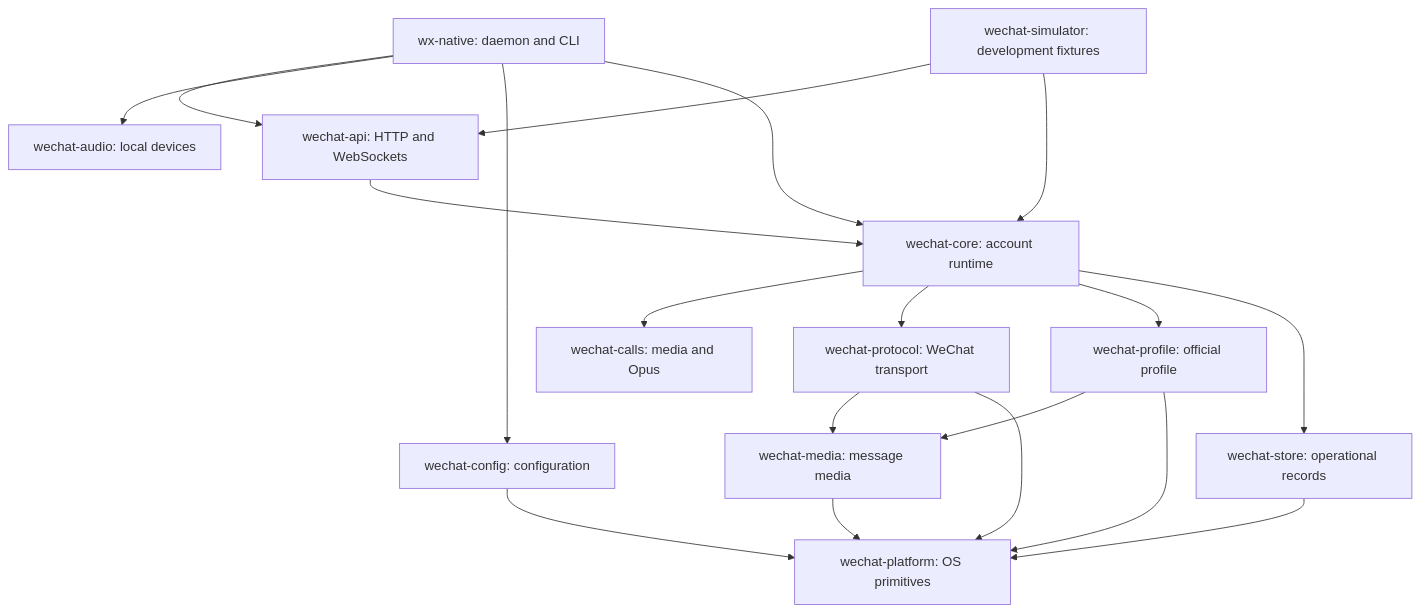
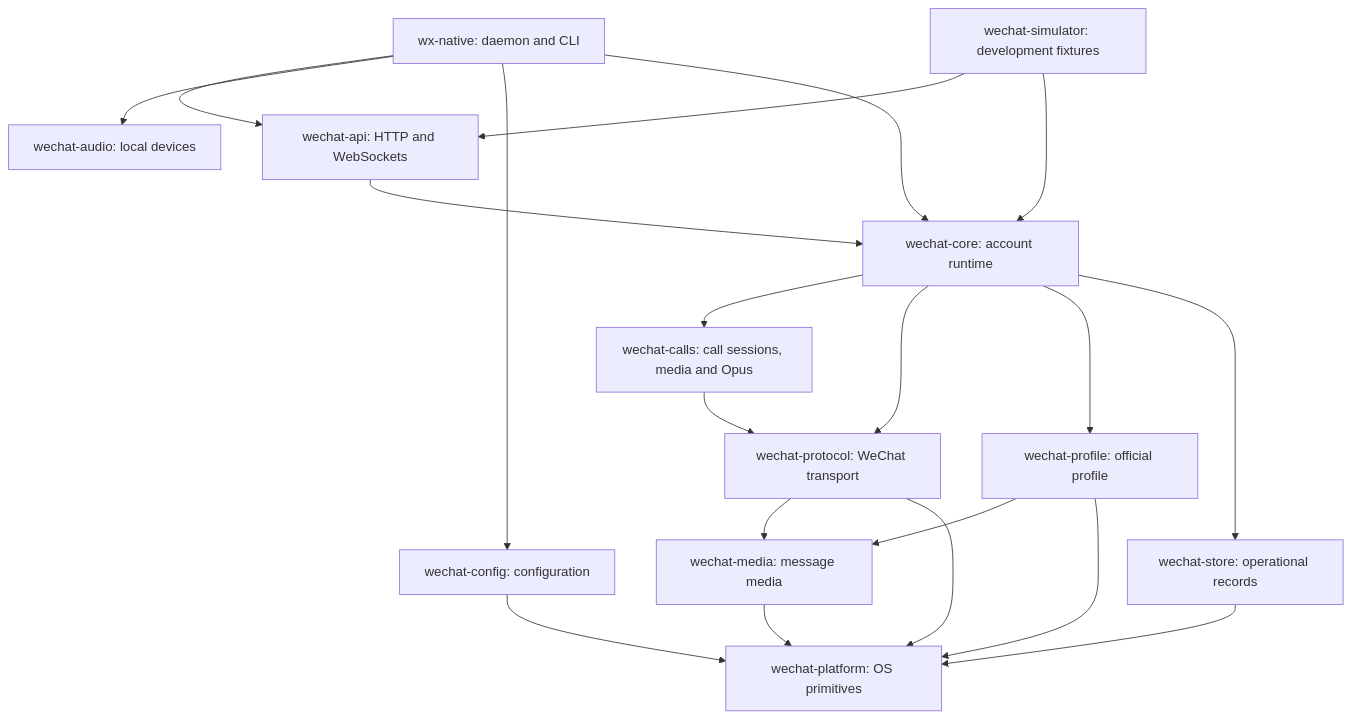
The diagram in docs/src/content/docs/how-it-works/rust-crates.mdx (thisnick/agent-wechat), drawn with Mermaid before and after one commit. The commit also changed other lines of this file and 121 other files, not shown here.

````diff
--- a/docs/src/content/docs/how-it-works/rust-crates.mdx
+++ b/docs/src/content/docs/how-it-works/rust-crates.mdx
@@ -15,21 +15,22 @@
 ```mermaid
 flowchart TD
   WX["wx-native: daemon and CLI"] --> API["wechat-api: HTTP and WebSockets"]
   WX --> AUDIO["wechat-audio: local devices"]
   WX --> CFG["wechat-config: configuration"]
   WX --> CORE["wechat-core: account runtime"]
   API --> CORE
-  CORE --> CALLS["wechat-calls: media and Opus"]
+  CORE --> CALLS["wechat-calls: call sessions, media and Opus"]
+  CALLS --> PROTOCOL
   CORE --> PROTOCOL["wechat-protocol: WeChat transport"]
   CORE --> PROFILE["wechat-profile: official profile"]
   CORE --> STORE["wechat-store: operational records"]
   PROFILE --> MEDIA["wechat-media: message media"]
   PROTOCOL --> MEDIA
   MEDIA --> PLATFORM["wechat-platform: OS primitives"]
   CFG --> PLATFORM
   STORE --> PLATFORM
   DEV["wechat-simulator: development fixtures"] --> API
   DEV --> CORE
   PROFILE --> PLATFORM
   PROTOCOL --> PLATFORM
 ```
````
